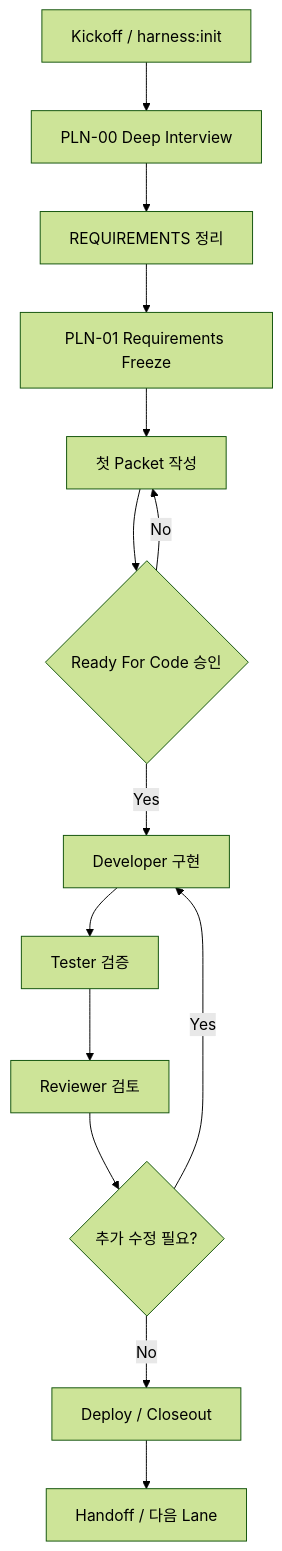
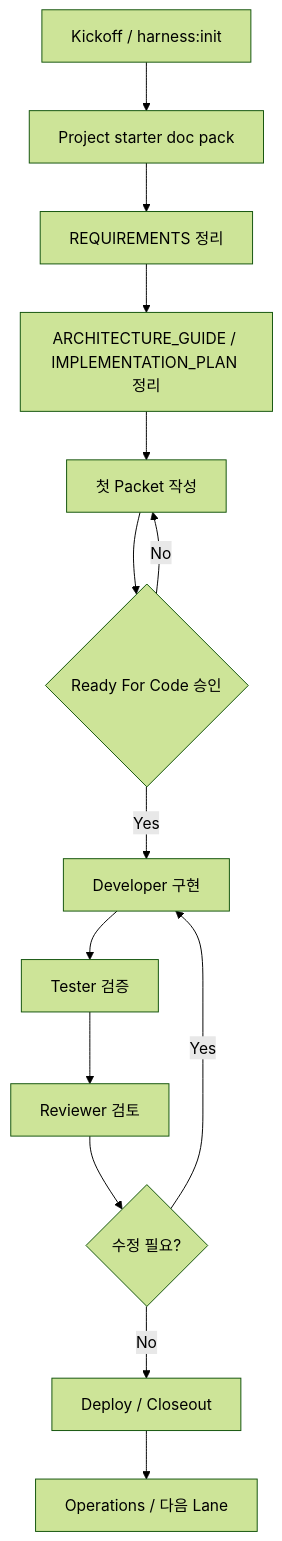
Before and after one commit to Heeyoung-Ahn/harness-implementation-v1: the first of 2 diagrams in reference/manuals/HARNESS_MANUAL.md, drawn with Mermaid (forest theme). The commit also changed other lines of this file and 43 other files, not shown here.

````diff
--- a/reference/manuals/HARNESS_MANUAL.md
+++ b/reference/manuals/HARNESS_MANUAL.md
@@ -52,16 +96,16 @@
 ```mermaid
 flowchart TD
-    A["Kickoff / harness:init"] --> B["PLN-00 Deep Interview"]
+    A["Kickoff / harness:init"] --> B["Project starter doc pack"]
     B --> C["REQUIREMENTS 정리"]
-    C --> D["PLN-01 Requirements Freeze"]
+    C --> D["ARCHITECTURE_GUIDE / IMPLEMENTATION_PLAN 정리"]
     D --> E["첫 Packet 작성"]
     E --> F{"Ready For Code 승인"}
     F -->|No| E
     F -->|Yes| G["Developer 구현"]
     G --> H["Tester 검증"]
     H --> I["Reviewer 검토"]
-    I --> J{"추가 수정 필요?"}
+    I --> J{"수정 필요?"}
     J -->|Yes| G
     J -->|No| K["Deploy / Closeout"]
-    K --> L["Handoff / 다음 Lane"]
+    K --> L["Operations / 다음 Lane"]
 ```
````
